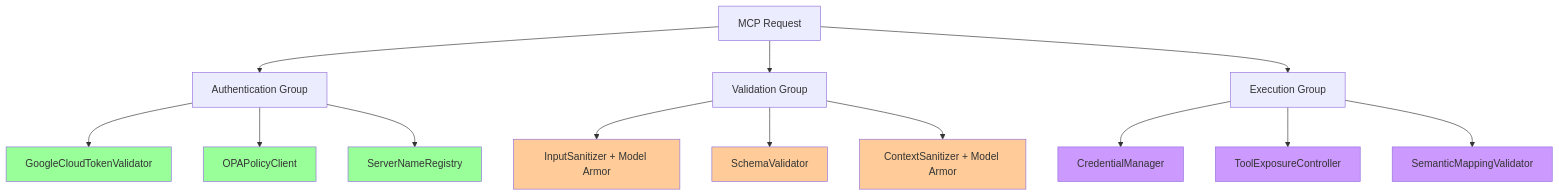
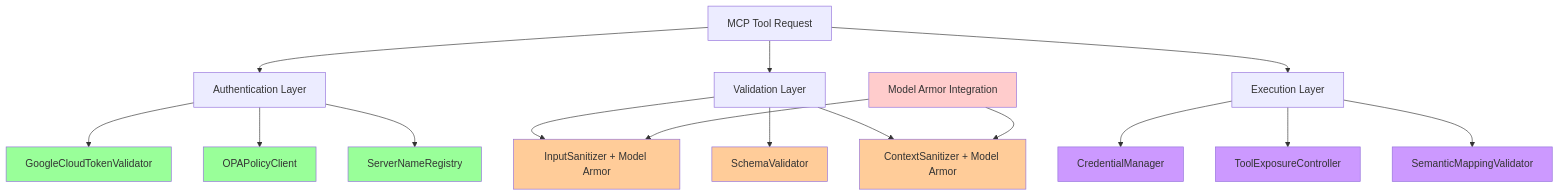
Before and after one commit to rnerurkar/mcp-implementation: the sixth of 9 diagrams in ADK MCP/MCP_SEQUENCE_DIAGRAM.md, drawn with Mermaid. The commit also changed other lines of this file and 42 other files, not shown here.

````diff
--- a/ADK MCP/MCP_SEQUENCE_DIAGRAM.md
+++ b/ADK MCP/MCP_SEQUENCE_DIAGRAM.md
@@ -204,28 +310,32 @@
 ```mermaid
 graph TB
-    A[MCP Request] --> B[Authentication Group]
-    A --> C[Validation Group]
-    A --> D[Execution Group]
+    A[MCP Tool Request] --> B[Authentication Layer]
+    A --> C[Validation Layer]
+    A --> D[Execution Layer]
     
     B --> B1[GoogleCloudTokenValidator]
     B --> B2[OPAPolicyClient]
     B --> B3[ServerNameRegistry]
     
     C --> C1[InputSanitizer + Model Armor]
     C --> C2[SchemaValidator]
     C --> C3[ContextSanitizer + Model Armor]
     
     D --> D1[CredentialManager]
     D --> D2[ToolExposureController]
     D --> D3[SemanticMappingValidator]
     
+    E[Model Armor Integration] --> C1
+    E --> C3
+    
     style B1 fill:#99ff99
     style B2 fill:#99ff99
     style B3 fill:#99ff99
     style C1 fill:#ffcc99
     style C2 fill:#ffcc99
     style C3 fill:#ffcc99
     style D1 fill:#cc99ff
     style D2 fill:#cc99ff
     style D3 fill:#cc99ff
+    style E fill:#ffcccc
 ```
````
